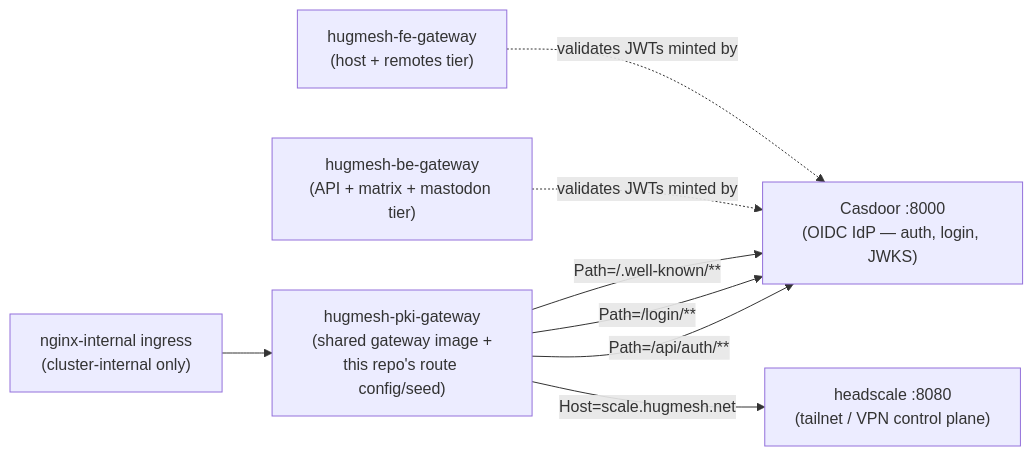
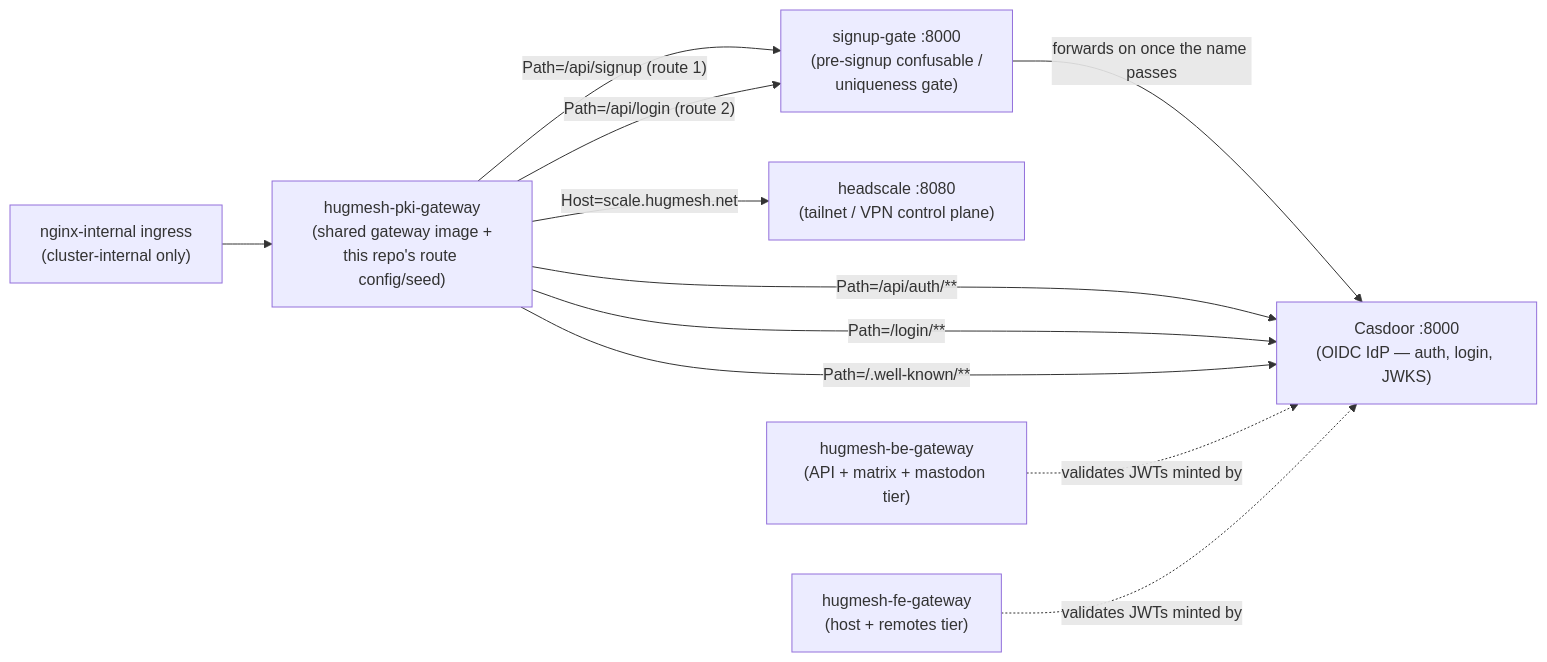
Before and after one commit to hugmesh/hugmesh-pki-gateway: the diagram in README.md, drawn with Mermaid. The commit also changed other lines of this file, not shown here.

````diff
--- a/README.md
+++ b/README.md
@@ -42,10 +43,13 @@
 ```mermaid
 flowchart LR
     ingress["nginx-internal ingress<br/>(cluster-internal only)"] --> gw["hugmesh-pki-gateway<br/>(shared gateway image +<br/>this repo's route config/seed)"]
-    gw -->|Path=/api/auth/**| casdoor["Casdoor :8000<br/>(OIDC IdP — auth, login, JWKS)"]
+    gw -->|"Path=/api/signup (route 1)"| sg["signup-gate :8000<br/>(pre-signup confusable /<br/>uniqueness gate)"]
+    gw -->|"Path=/api/login (route 2)"| sg
+    sg -->|"forwards on once the name passes"| casdoor["Casdoor :8000<br/>(OIDC IdP — auth, login, JWKS)"]
+    gw -->|Path=/api/auth/**| casdoor
     gw -->|Path=/login/**| casdoor
     gw -->|Path=/.well-known/**| casdoor
     gw -->|Host=scale.hugmesh.net| headscale["headscale :8080<br/>(tailnet / VPN control plane)"]
     beGw["hugmesh-be-gateway<br/>(API + matrix + mastodon tier)"] -.->|validates JWTs minted by| casdoor
     feGw["hugmesh-fe-gateway<br/>(host + remotes tier)"] -.->|validates JWTs minted by| casdoor
 ```
````
